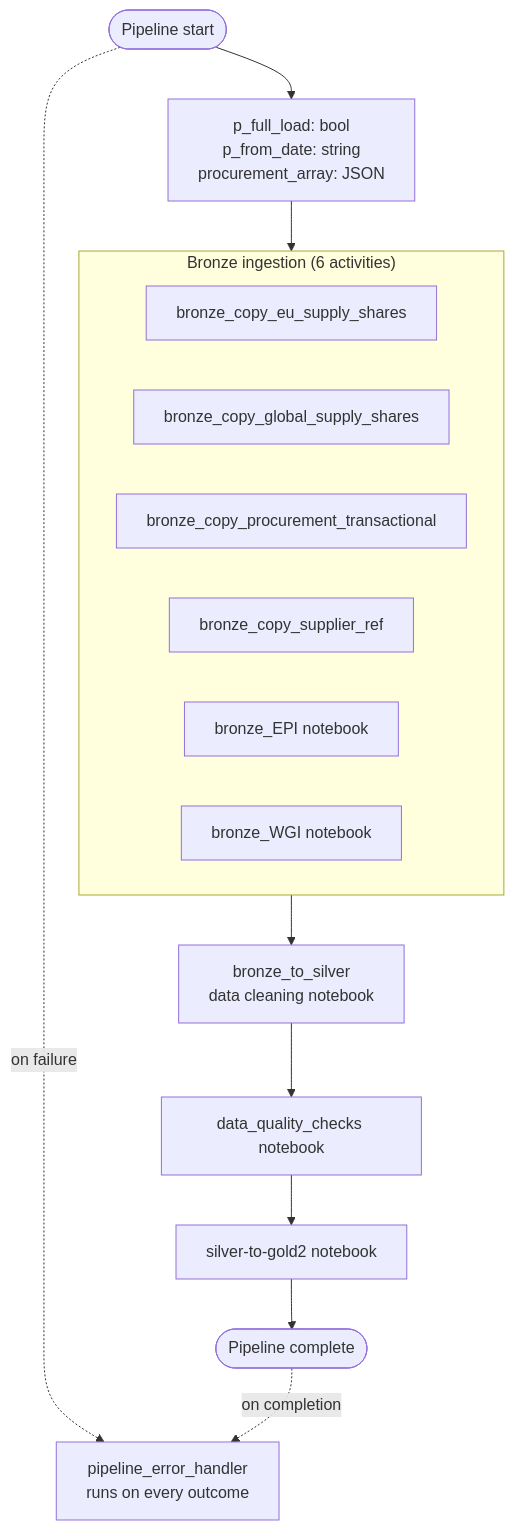
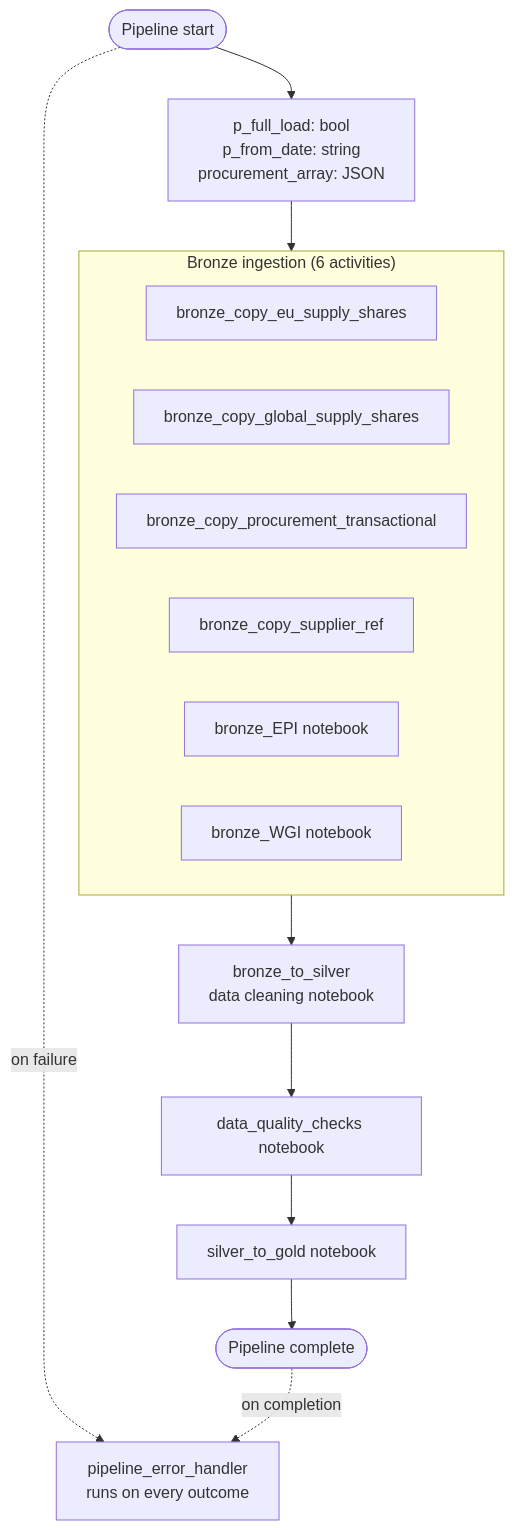
The second of 4 diagrams in docs/architecture/data-flow-diagram.md (erikemilsson/OEMMatInsightBI), drawn with Mermaid before and after one commit. The commit also changed other lines of this file and 44 other files, not shown here.

First line of the commit message:
cleanup(phase-5): repo lockstep for notebook rename silver-to-gold2 → silver_to_gold

````diff
--- a/docs/architecture/data-flow-diagram.md
+++ b/docs/architecture/data-flow-diagram.md
@@ -85,25 +85,25 @@
 ```mermaid
 flowchart TB
     Start([Pipeline start])
     Params[p_full_load: bool<br/>p_from_date: string<br/>procurement_array: JSON]
 
     subgraph Bronze["Bronze ingestion (6 activities)"]
         BC1[bronze_copy_eu_supply_shares]
         BC2[bronze_copy_global_supply_shares]
         BC3[bronze_copy_procurement_transactional]
         BC4[bronze_copy_supplier_ref]
         BE[bronze_EPI notebook]
         BW[bronze_WGI notebook]
     end
 
     BS[bronze_to_silver<br/>data cleaning notebook]
     DQ[data_quality_checks notebook]
-    SG[silver-to-gold2 notebook]
+    SG[silver_to_gold notebook]
     EH[pipeline_error_handler<br/>runs on every outcome]
     End([Pipeline complete])
 
     Start --> Params --> Bronze
     Bronze --> BS --> DQ --> SG --> End
     Start -.on failure.-> EH
     End -.on completion.-> EH
 ```
````
